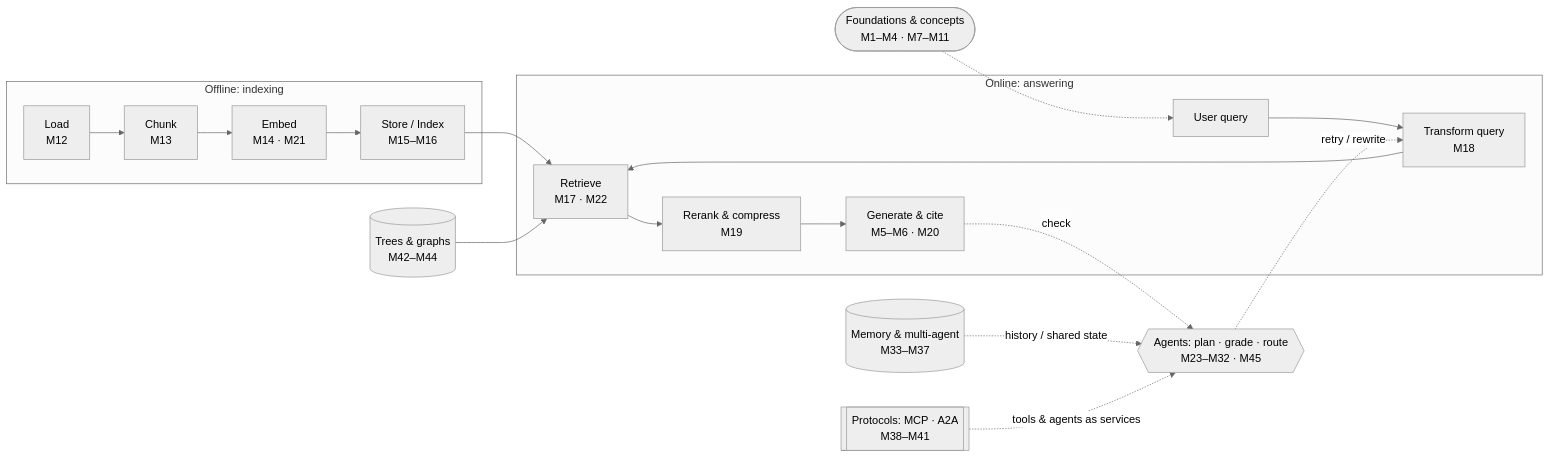
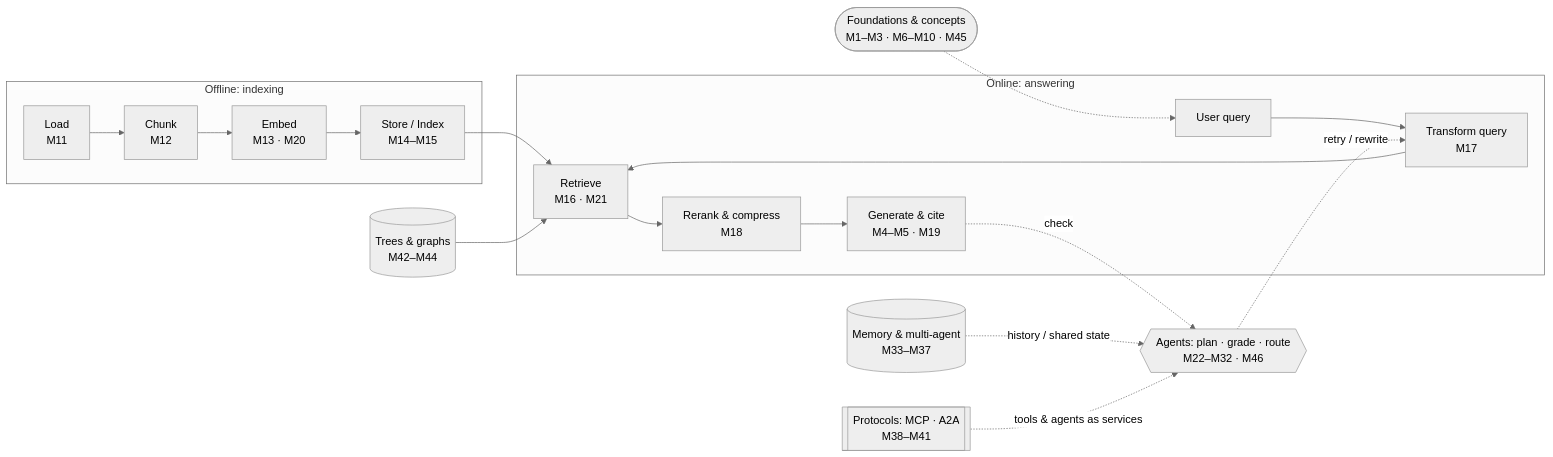
One commit to Sourav692/rag-agents-engineering changed the diagram in CURRICULUM.md. Above: the diagram before and after it, drawn with Mermaid (neutral theme). The commit also changed other lines of this file and 115 other files, not shown here.

````diff
--- a/CURRICULUM.md
+++ b/CURRICULUM.md
@@ -80,16 +80,16 @@
 ```mermaid
 flowchart LR
   subgraph OFF[Offline: indexing]
-    L[Load<br/>M12] --> C[Chunk<br/>M13] --> E[Embed<br/>M14 · M21] --> S[Store / Index<br/>M15–M16]
+    L[Load<br/>M11] --> C[Chunk<br/>M12] --> E[Embed<br/>M13 · M20] --> S[Store / Index<br/>M14–M15]
   end
   subgraph ON[Online: answering]
-    Q[User query] --> T[Transform query<br/>M18] --> R[Retrieve<br/>M17 · M22] --> P[Rerank & compress<br/>M19] --> G[Generate & cite<br/>M5–M6 · M20]
+    Q[User query] --> T[Transform query<br/>M17] --> R[Retrieve<br/>M16 · M21] --> P[Rerank & compress<br/>M18] --> G[Generate & cite<br/>M4–M5 · M19]
   end
   S --> R
-  A{{Agents: plan · grade · route<br/>M23–M32 · M45}} -.retry / rewrite.-> T
+  A{{Agents: plan · grade · route<br/>M22–M32 · M46}} -.retry / rewrite.-> T
   M[(Memory & multi-agent<br/>M33–M37)] -.history / shared state.-> A
   G -.check.-> A
   K[(Trees & graphs<br/>M42–M44)] --> R
   X[[Protocols: MCP · A2A<br/>M38–M41]] -.tools & agents as services.-> A
-  F([Foundations & concepts<br/>M1–M4 · M7–M11]) -.-> Q
+  F([Foundations & concepts<br/>M1–M3 · M6–M10 · M45]) -.-> Q
 ```
````
